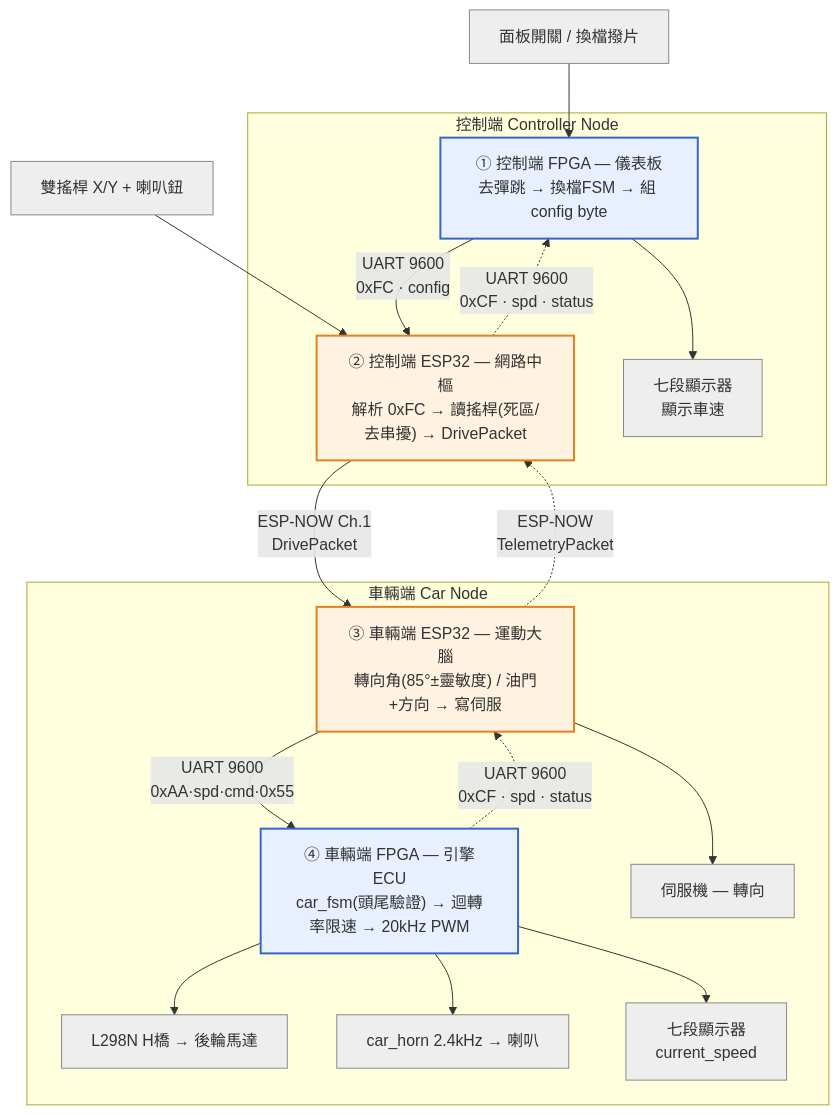
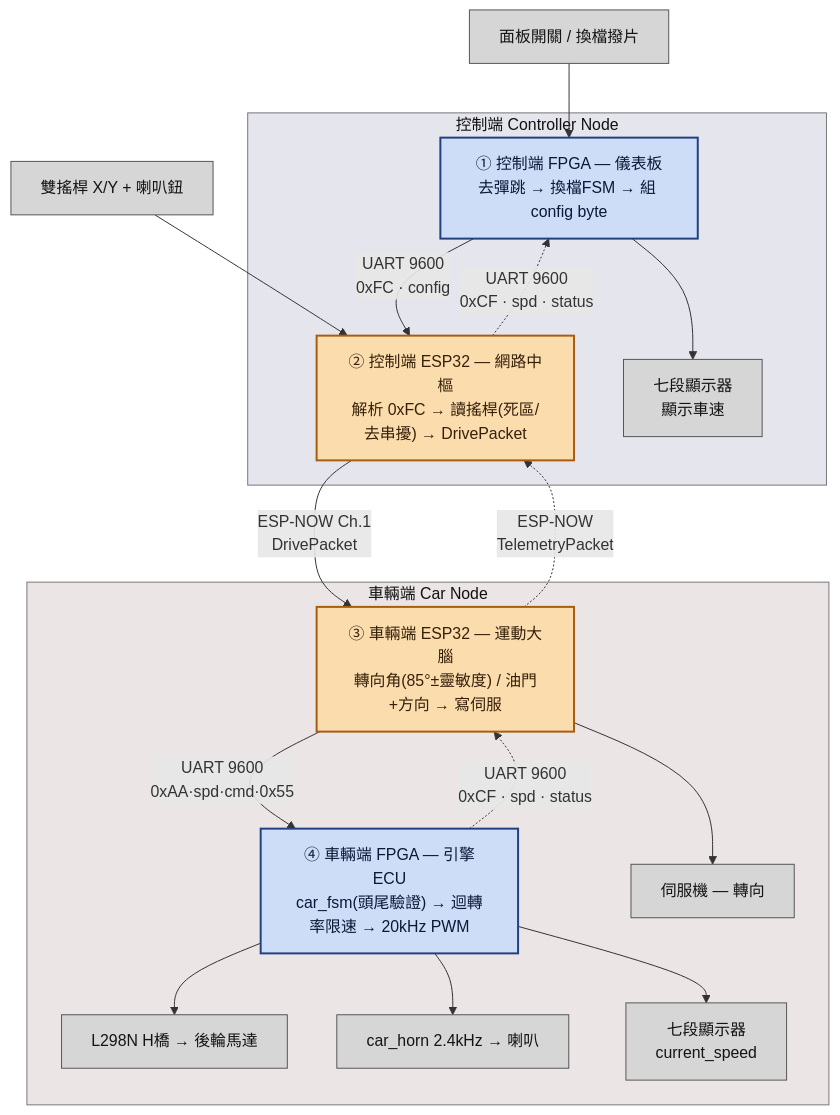
Before and after one commit to Kabaconbacon0405/rccar: the diagram in README.md, drawn with Mermaid.

Commit message:
README: darken Mermaid text and mute node/subgraph fills for contrast

````diff
--- a/README.md
+++ b/README.md
@@ -31,48 +31,50 @@
 ```mermaid
 flowchart TD
     %% ---------- Inputs ----------
     SW["面板開關 / 換檔撥片"]
     JOY["雙搖桿 X/Y + 喇叭鈕"]
 
     %% ---------- Controller Node ----------
     subgraph CTRL["控制端 Controller Node"]
         CFPGA["① 控制端 FPGA — 儀表板<br/>去彈跳 → 換檔FSM → 組 config byte"]
         CESP["② 控制端 ESP32 — 網路中樞<br/>解析 0xFC → 讀搖桿(死區/去串擾) → DrivePacket"]
         SEG1["七段顯示器<br/>顯示車速"]
     end
 
     %% ---------- Car Node ----------
     subgraph CAR["車輛端 Car Node"]
         VESP["③ 車輛端 ESP32 — 運動大腦<br/>轉向角(85°±靈敏度) / 油門+方向 → 寫伺服"]
         VFPGA["④ 車輛端 FPGA — 引擎ECU<br/>car_fsm(頭尾驗證) → 迴轉率限速 → 20kHz PWM"]
         SERVO["伺服機 — 轉向"]
         MOTOR["L298N H橋 → 後輪馬達"]
         HORN["car_horn 2.4kHz → 喇叭"]
         SEG2["七段顯示器<br/>current_speed"]
     end
 
     %% ---------- Forward path (solid) ----------
     SW --> CFPGA
     JOY --> CESP
     CFPGA -->|"UART 9600<br/>0xFC · config"| CESP
     CESP -->|"ESP-NOW Ch.1<br/>DrivePacket"| VESP
     VESP --> SERVO
     VESP -->|"UART 9600<br/>0xAA·spd·cmd·0x55"| VFPGA
     VFPGA --> MOTOR
     VFPGA --> HORN
     VFPGA --> SEG2
 
     %% ---------- Reverse path (dashed) ----------
     VFPGA -.->|"UART 9600<br/>0xCF · spd · status"| VESP
     VESP -.->|"ESP-NOW<br/>TelemetryPacket"| CESP
     CESP -.->|"UART 9600<br/>0xCF · spd · status"| CFPGA
     CFPGA --> SEG1
 
     %% ---------- Styling ----------
-    classDef fpga fill:#e8f0ff,stroke:#3366cc,stroke-width:2px;
-    classDef esp  fill:#fff2e0,stroke:#e67e22,stroke-width:2px;
-    classDef io   fill:#eeeeee,stroke:#888,stroke-width:1px;
+    classDef fpga fill:#cdddf7,stroke:#21407f,stroke-width:2px,color:#0b1838;
+    classDef esp  fill:#fadcad,stroke:#a85c12,stroke-width:2px,color:#36200a;
+    classDef io   fill:#d6d6d6,stroke:#555,stroke-width:1px,color:#141414;
     class CFPGA,VFPGA fpga;
     class CESP,VESP esp;
     class SW,JOY,SEG1,SEG2,SERVO,MOTOR,HORN io;
+    style CTRL fill:#e5e5ee,stroke:#777,color:#111;
+    style CAR  fill:#ece5e5,stroke:#777,color:#111;
 ```
````
